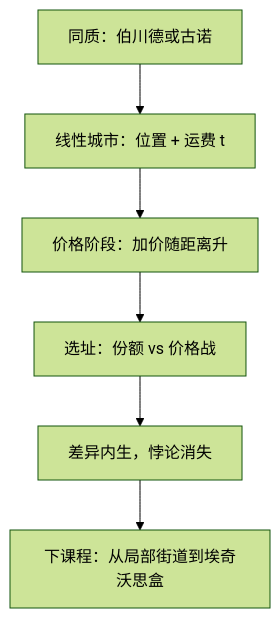
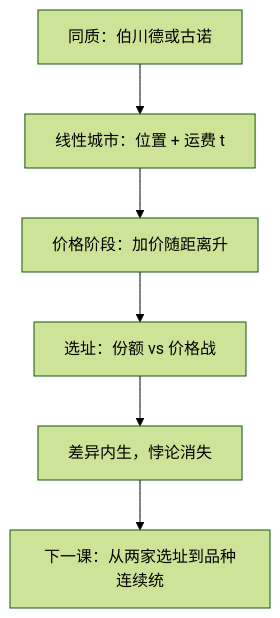
The diagram in docs/econ/hotelling.md (xhongduo-tech/xhongduo-tech.github.io), drawn with Mermaid (forest theme) before and after one commit. The commit also changed other lines of this file and 2401 other files, not shown here.

````diff
--- a/docs/econ/hotelling.md
+++ b/docs/econ/hotelling.md
@@ -34,8 +34,8 @@
 ```mermaid
 flowchart TD
   HOM["同质：伯川德或古诺"] --> LOC["线性城市：位置 + 运费 t"]
   LOC --> P["价格阶段：加价随距离升"]
   P --> X["选址：份额 vs 价格战"]
   X --> DIFF["差异内生，悖论消失"]
-  DIFF --> LATER["下课程：从局部街道到埃奇沃思盒"]
+  DIFF --> LATER["下一课：从两家选址到品种连续统"]
 ```
````
